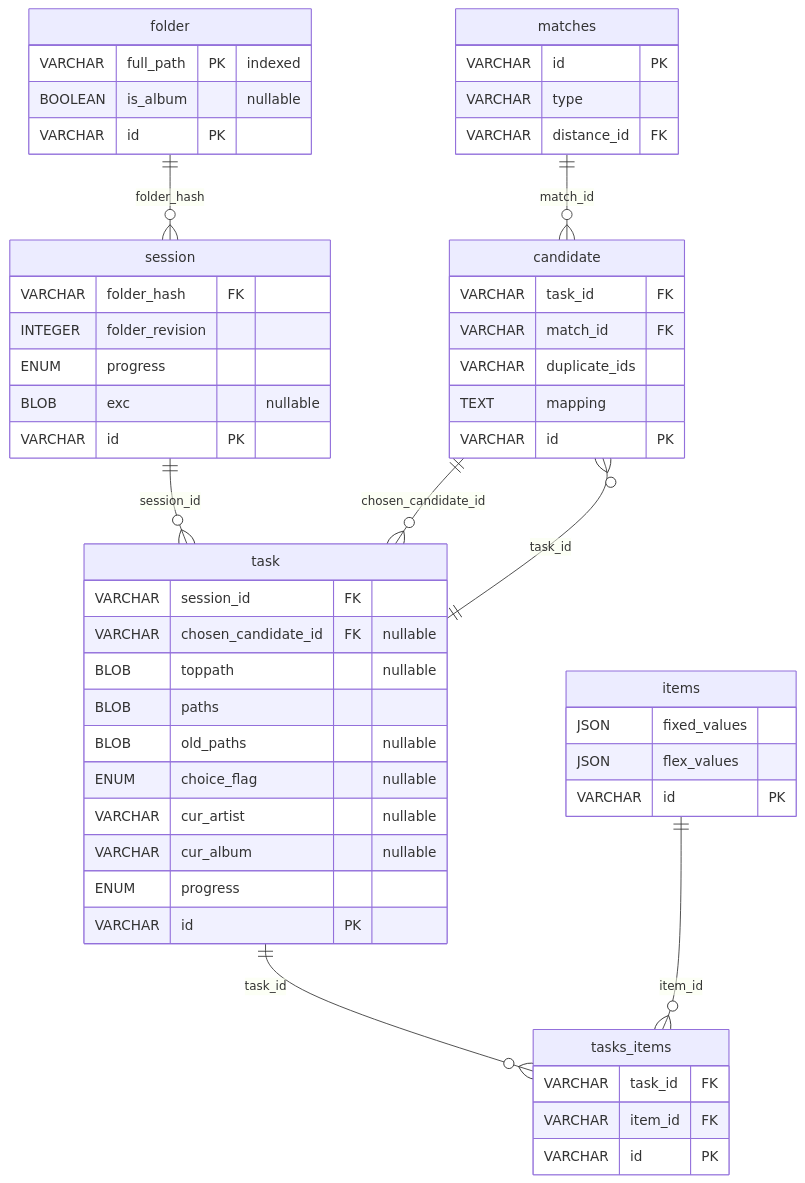
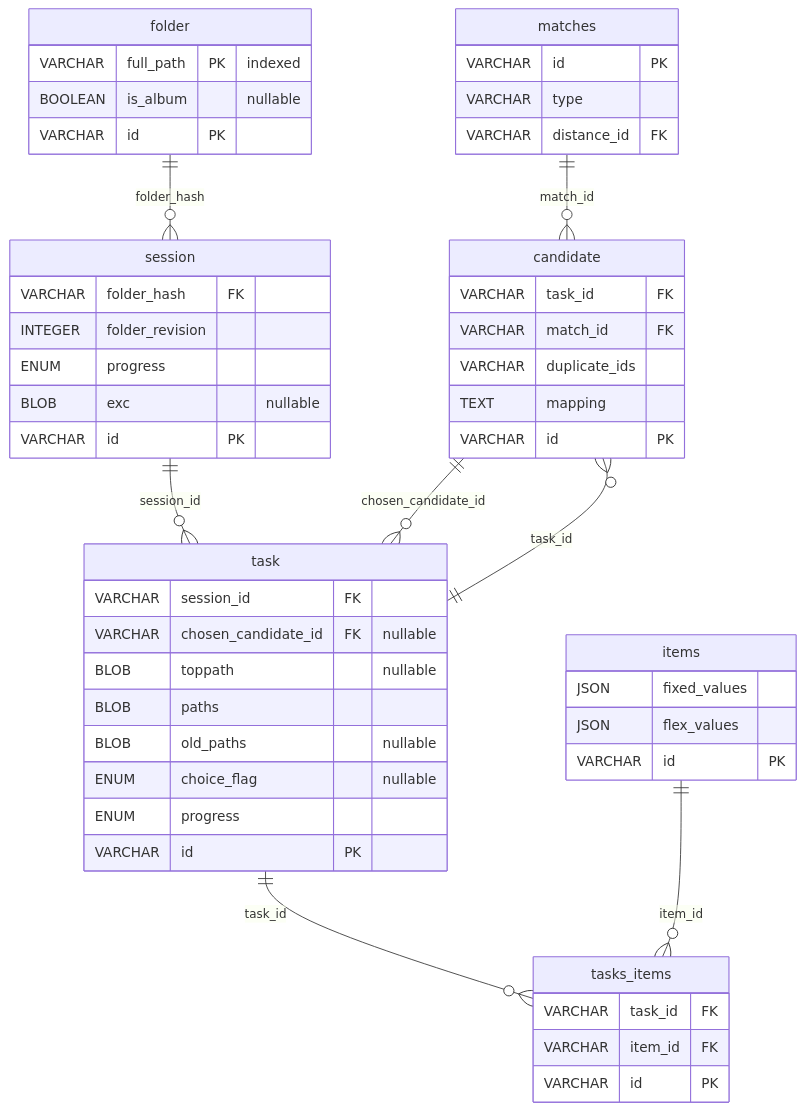
The diagram in docs/diagrams/erd_high_level.mmd (metasauce/beets-flask), drawn with Mermaid before and after one commit. The commit also changed 2 other files, not shown here.

Commit message:
Removed cur_album and cur_artist from mermaid diagrams.

```diff
--- a/docs/diagrams/erd_high_level.mmd
+++ b/docs/diagrams/erd_high_level.mmd
@@ -1,61 +1,59 @@
 erDiagram
   candidate {
     VARCHAR task_id FK
     VARCHAR match_id FK
     VARCHAR duplicate_ids
     TEXT mapping
     VARCHAR id PK
   }
 
   folder {
     VARCHAR full_path PK "indexed"
     BOOLEAN is_album "nullable"
     VARCHAR id PK
   }
 
   items {
     JSON fixed_values
     JSON flex_values
     VARCHAR id PK
   }
 
   matches {
     VARCHAR id PK
     VARCHAR type
     VARCHAR distance_id FK
   }
 
   session {
     VARCHAR folder_hash FK
     INTEGER folder_revision
     ENUM progress
     BLOB exc "nullable"
     VARCHAR id PK
   }
 
   task {
     VARCHAR session_id FK
     VARCHAR chosen_candidate_id FK "nullable"
     BLOB toppath "nullable"
     BLOB paths
     BLOB old_paths "nullable"
     ENUM choice_flag "nullable"
-    VARCHAR cur_artist "nullable"
-    VARCHAR cur_album "nullable"
     ENUM progress
     VARCHAR id PK
   }
 
   tasks_items {
     VARCHAR task_id FK
     VARCHAR item_id FK
     VARCHAR id PK
   }
 
   task ||--o{ candidate : task_id
   matches ||--o{ candidate : match_id
   folder ||--o{ session : folder_hash
   session ||--o{ task : session_id
   candidate ||--o{ task : chosen_candidate_id
   task ||--o{ tasks_items : task_id
   items ||--o{ tasks_items : item_id
```
